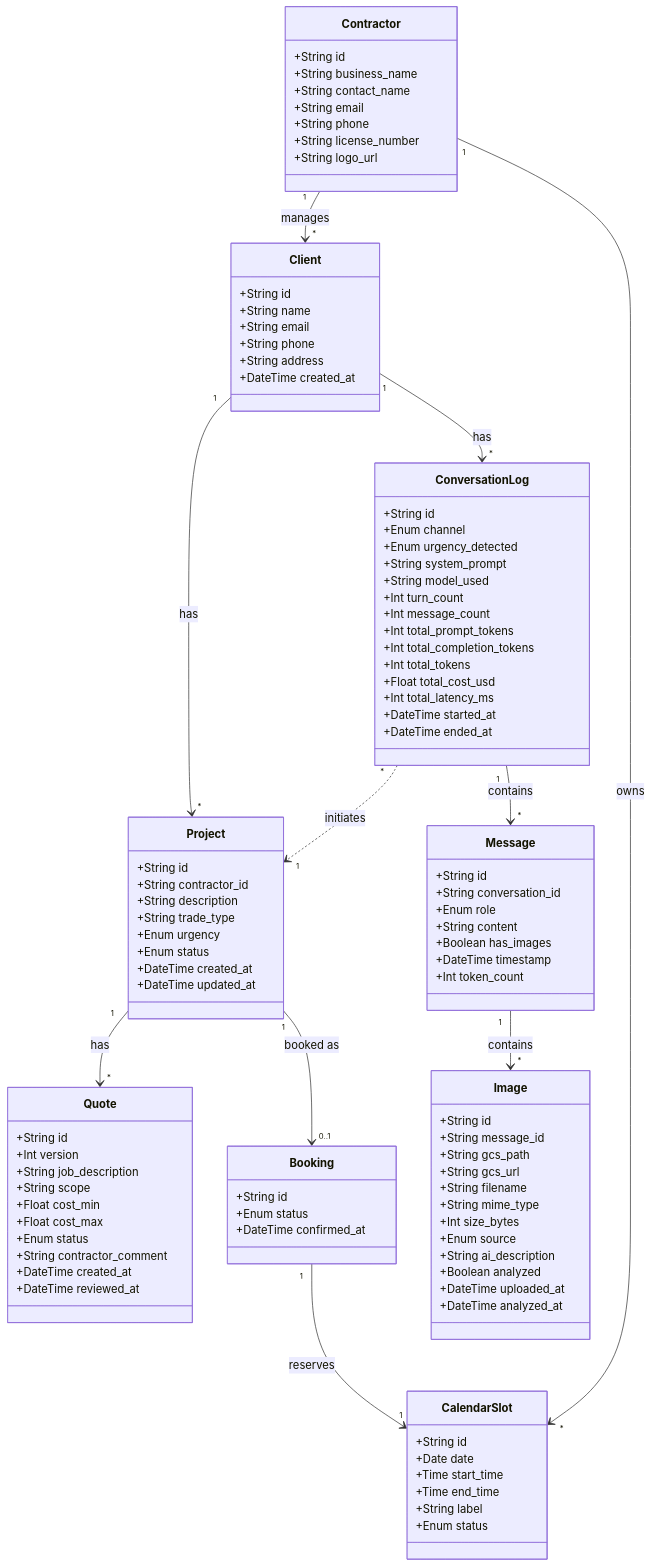
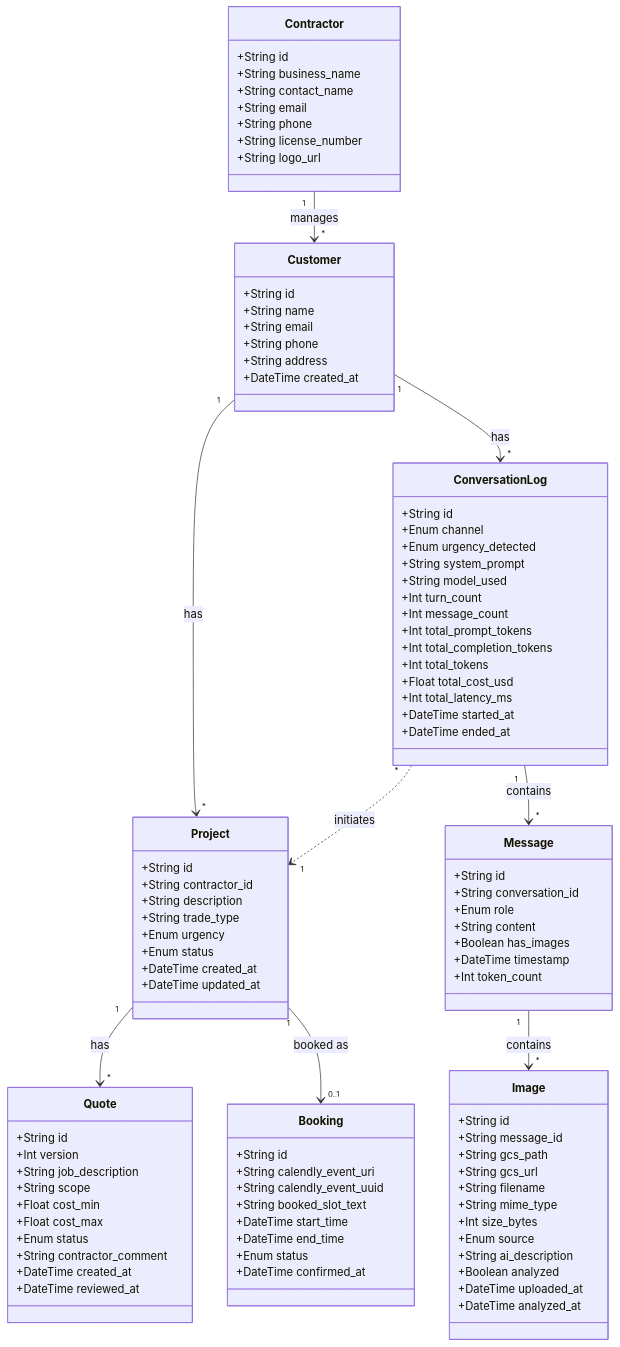
Before and after one commit to JRKagumba/tmls-pipeline: the diagram in specifications/data_model.mermaid, drawn with Mermaid. The commit also changed 5 other files, not shown here.

First line of the commit message:
docs: align specifications with confirmed architecture decisions

```diff
--- a/specifications/data_model.mermaid
+++ b/specifications/data_model.mermaid
@@ -1,112 +1,106 @@
 classDiagram
 direction TB
     class Contractor {
 	    +String id
 	    +String business_name
 	    +String contact_name
 	    +String email
 	    +String phone
 	    +String license_number
 	    +String logo_url
     }
 
-    class Client {
+    class Customer {
 	    +String id
 	    +String name
 	    +String email
 	    +String phone
 	    +String address
 	    +DateTime created_at
     }
 
     class Project {
 	    +String id
 	    +String contractor_id
 	    +String description
 	    +String trade_type
 	    +Enum urgency
 	    +Enum status
 	    +DateTime created_at
 	    +DateTime updated_at
     }
 
     class Quote {
 	    +String id
 	    +Int version
 	    +String job_description
 	    +String scope
 	    +Float cost_min
 	    +Float cost_max
 	    +Enum status
 	    +String contractor_comment
 	    +DateTime created_at
 	    +DateTime reviewed_at
     }
 
     class Booking {
 	    +String id
+	    +String calendly_event_uri
+	    +String calendly_event_uuid
+	    +String booked_slot_text
+	    +DateTime start_time
+	    +DateTime end_time
 	    +Enum status
 	    +DateTime confirmed_at
-    }
-
-    class CalendarSlot {
-	    +String id
-	    +Date date
-	    +Time start_time
-	    +Time end_time
-	    +String label
-	    +Enum status
     }
 
     class ConversationLog {
 	    +String id
 	    +Enum channel
 	    +Enum urgency_detected
 	    +String system_prompt
 	    +String model_used
 	    +Int turn_count
 	    +Int message_count
 	    +Int total_prompt_tokens
 	    +Int total_completion_tokens
 	    +Int total_tokens
 	    +Float total_cost_usd
 	    +Int total_latency_ms
 	    +DateTime started_at
 	    +DateTime ended_at
     }
 
     class Message {
 	    +String id
 	    +String conversation_id
 	    +Enum role
 	    +String content
 	    +Boolean has_images
 	    +DateTime timestamp
 	    +Int token_count
     }
 
     class Image {
 	    +String id
 	    +String message_id
 	    +String gcs_path
 	    +String gcs_url
 	    +String filename
 	    +String mime_type
 	    +Int size_bytes
 	    +Enum source
 	    +String ai_description
 	    +Boolean analyzed
 	    +DateTime uploaded_at
 	    +DateTime analyzed_at
     }
 
-    Contractor "1" --> "*" Client : manages
-    Contractor "1" --> "*" CalendarSlot : owns
-    Client "1" --> "*" Project : has
-    Client "1" --> "*" ConversationLog : has
+    Contractor "1" --> "*" Customer : manages
+    Customer "1" --> "*" Project : has
+    Customer "1" --> "*" ConversationLog : has
     ConversationLog "*" ..> "1" Project : initiates
     ConversationLog "1" --> "*" Message : contains
     Project "1" --> "*" Quote : has
     Project "1" --> "0..1" Booking : booked as
-    Booking "1" --> "1" CalendarSlot : reserves
     Message "1" --> "*" Image : contains
```
